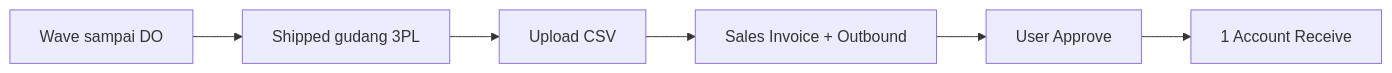
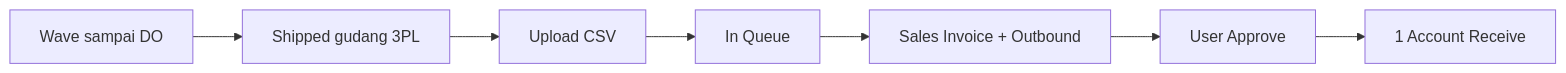
The first of 2 diagrams in qa-docs/accounting-settlement-upload/user-guide.md (yendyr/olshoperp-docs), drawn with Mermaid before and after one commit. The commit also changed other lines of this file and 8 other files, not shown here.

````diff
--- a/qa-docs/accounting-settlement-upload/user-guide.md
+++ b/qa-docs/accounting-settlement-upload/user-guide.md
@@ -37,8 +37,9 @@
 ```mermaid
 flowchart LR
     Fulfill[Wave sampai DO] --> Ship[Shipped gudang 3PL]
     Ship --> Up[Upload CSV]
-    Up --> Docs[Sales Invoice + Outbound]
+    Up --> Q[In Queue]
+    Q --> Docs[Sales Invoice + Outbound]
     Docs --> App[User Approve]
     App --> AR[1 Account Receive]
 ```
````
